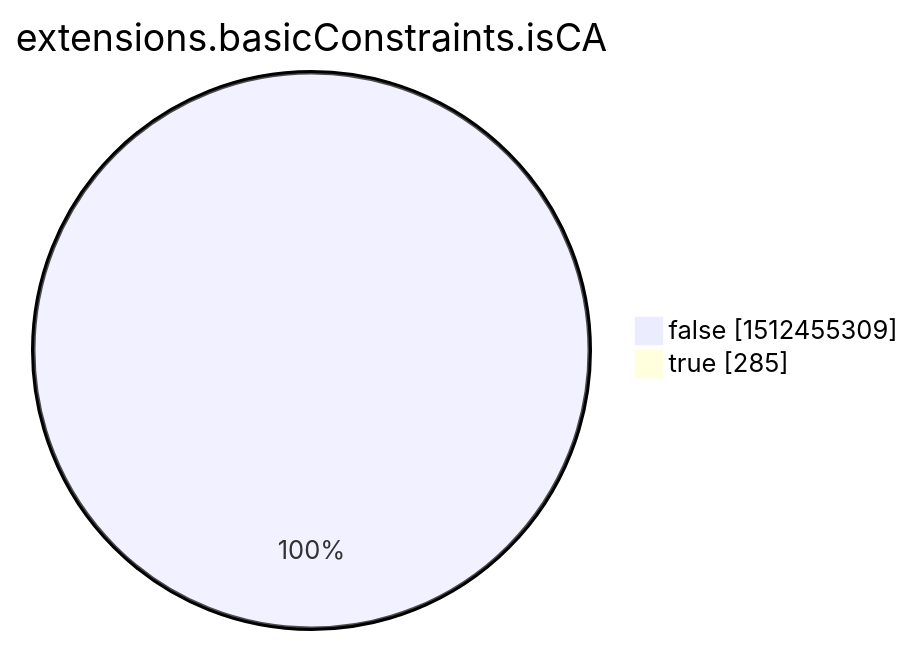
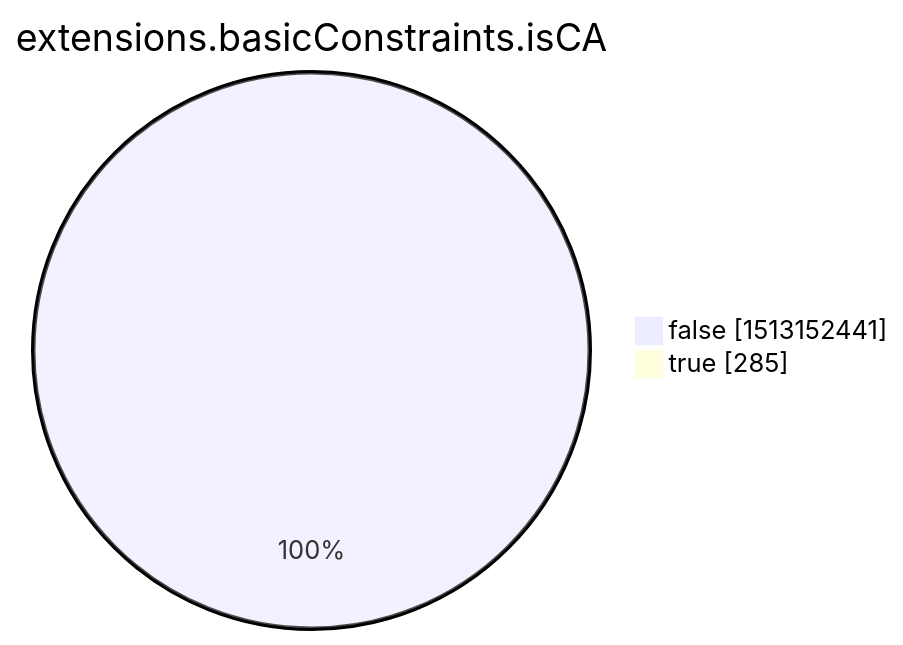
One commit to christiankrug/ctmonitor_visualization changed the eighth of 15 diagrams in xenon2022/README.md. Above: the diagram before and after it, drawn with Mermaid. The commit also changed other lines of this file, not shown here.

````diff
--- a/xenon2022/README.md
+++ b/xenon2022/README.md
@@ -2854,6 +2854,6 @@
 ```mermaid
 pie showData
 title extensions.basicConstraints.isCA
-"false" :1512455309
+"false" :1513152441
 "true" :285
 ```
````
